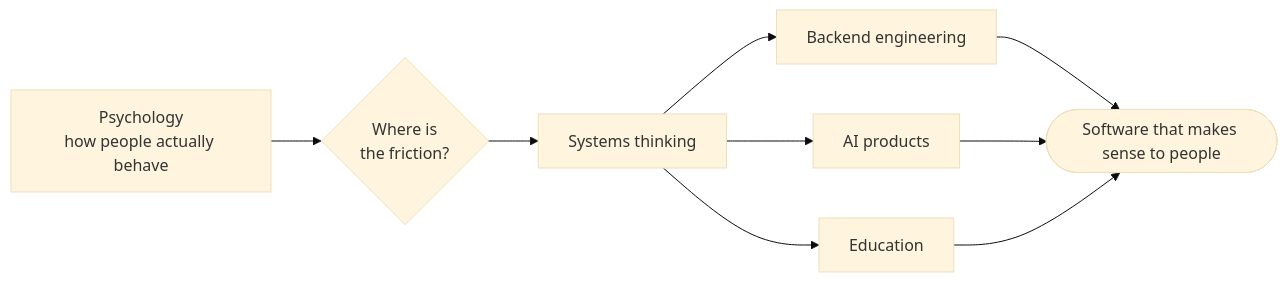
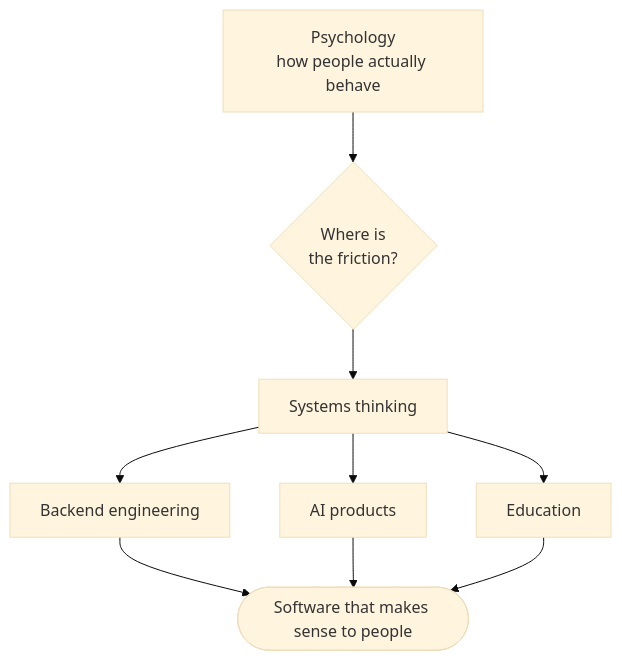
Before and after one commit to KathFK1234/KathFK1234: the first of 3 diagrams in README.md, drawn with Mermaid (base theme). The commit also changed other lines of this file and 6 other files, not shown here.

````diff
--- a/README.md
+++ b/README.md
@@ -44,11 +48,11 @@
 ```mermaid
-flowchart LR
+flowchart TD
     P["Psychology<br/>how people actually behave"] --> F{"Where is<br/>the friction?"}
     F --> S["Systems thinking"]
     S --> B["Backend engineering"]
     S --> A["AI products"]
     S --> E["Education"]
     B --> U(["Software that makes sense to people"])
     A --> U
     E --> U
 ```
````
